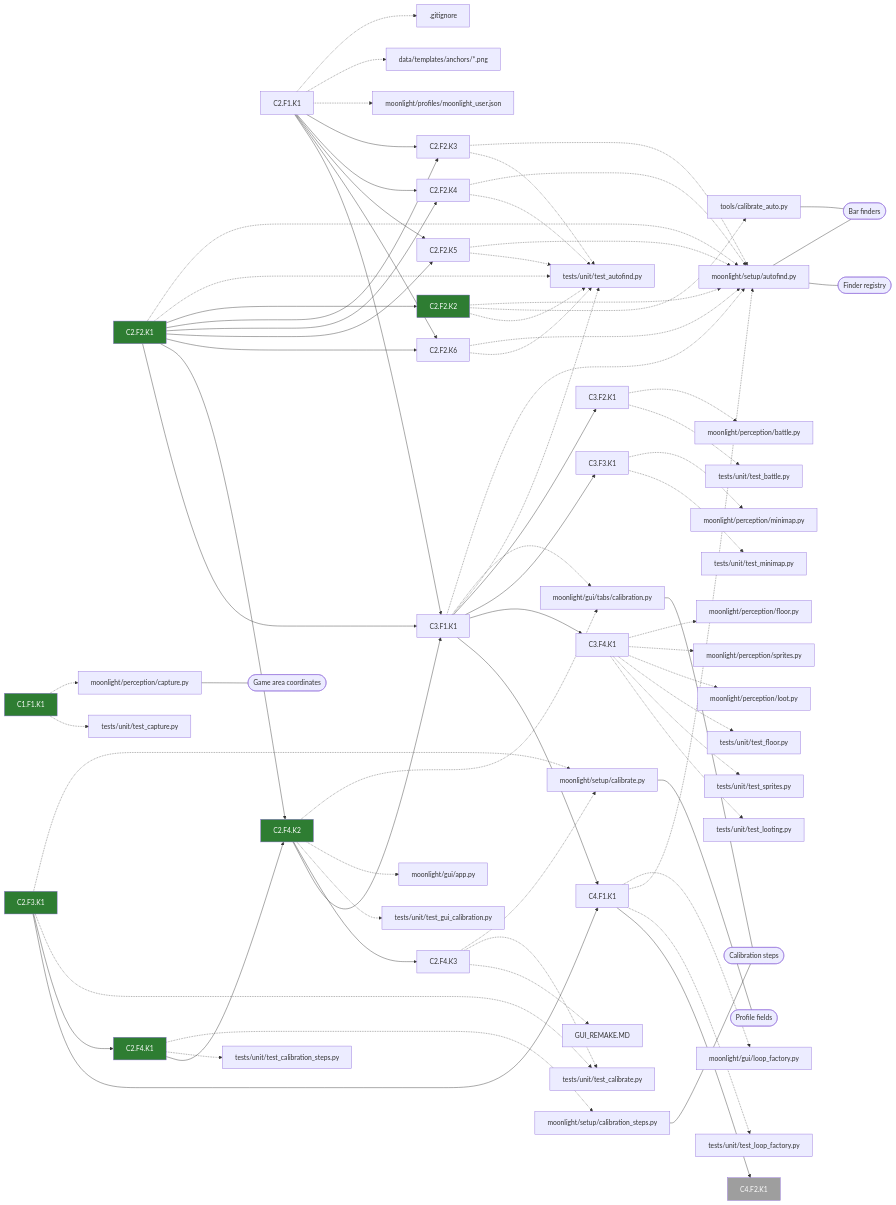
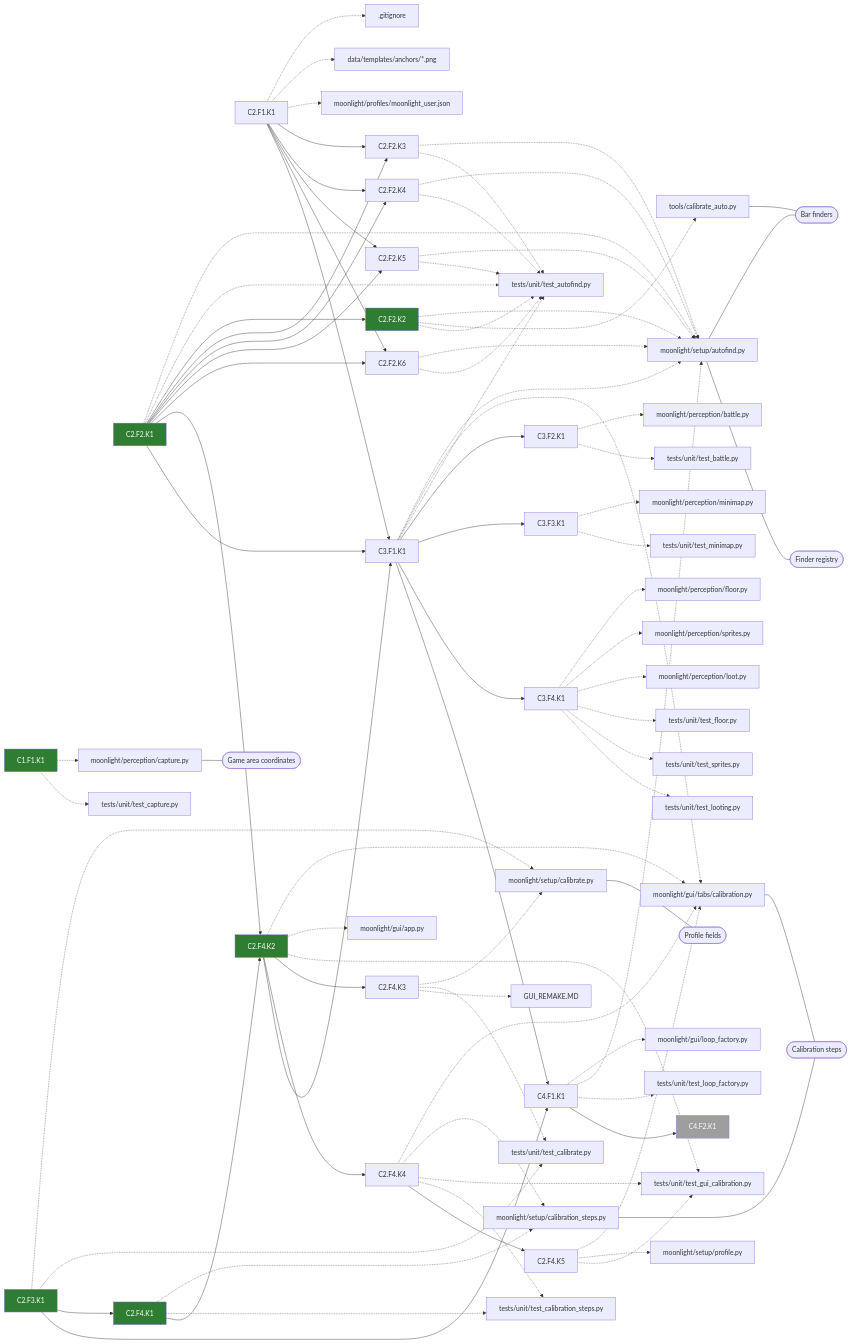
One commit to Mascotte33/Moonlight changed the diagram in docs/prs/gui-calibration.md. Above: the diagram before and after it, drawn with Mermaid. The commit also changed other lines of this file and 2 other files, not shown here.

Commit message:
Docs: add C2.F4.K4 (tab fixes) and C2.F4.K5 (named calibrations) from owner feedback

````diff
--- a/docs/prs/gui-calibration.md
+++ b/docs/prs/gui-calibration.md
@@ -82,12 +82,14 @@
   t9["C2.F4.K1"]:::done
   t10["C2.F4.K2"]:::done
   t11["C2.F4.K3"]
-  t12["C3.F1.K1"]
-  t13["C3.F2.K1"]
-  t14["C3.F3.K1"]
-  t15["C3.F4.K1"]
-  t16["C4.F1.K1"]
-  t17["C4.F2.K1"]:::later
+  t12["C2.F4.K4"]
+  t13["C2.F4.K5"]
+  t14["C3.F1.K1"]
+  t15["C3.F2.K1"]
+  t16["C3.F3.K1"]
+  t17["C3.F4.K1"]
+  t18["C4.F1.K1"]
+  t19["C4.F2.K1"]:::later
   f0[".gitignore"]
   f1["GUI_REMAKE.MD"]
   f2["data/templates/anchors/*.png"]
@@ -104,94 +106,104 @@
   f13["moonlight/setup/autofind.py"]
   f14["moonlight/setup/calibrate.py"]
   f15["moonlight/setup/calibration_steps.py"]
-  f16["tests/unit/test_autofind.py"]
-  f17["tests/unit/test_battle.py"]
-  f18["tests/unit/test_calibrate.py"]
-  f19["tests/unit/test_calibration_steps.py"]
-  f20["tests/unit/test_capture.py"]
-  f21["tests/unit/test_floor.py"]
-  f22["tests/unit/test_gui_calibration.py"]
-  f23["tests/unit/test_loop_factory.py"]
-  f24["tests/unit/test_looting.py"]
-  f25["tests/unit/test_minimap.py"]
-  f26["tests/unit/test_sprites.py"]
-  f27["tools/calibrate_auto.py"]
+  f16["moonlight/setup/profile.py"]
+  f17["tests/unit/test_autofind.py"]
+  f18["tests/unit/test_battle.py"]
+  f19["tests/unit/test_calibrate.py"]
+  f20["tests/unit/test_calibration_steps.py"]
+  f21["tests/unit/test_capture.py"]
+  f22["tests/unit/test_floor.py"]
+  f23["tests/unit/test_gui_calibration.py"]
+  f24["tests/unit/test_loop_factory.py"]
+  f25["tests/unit/test_looting.py"]
+  f26["tests/unit/test_minimap.py"]
+  f27["tests/unit/test_sprites.py"]
+  f28["tools/calibrate_auto.py"]
   c0(["Bar finders"])
   c1(["Calibration steps"])
   c2(["Finder registry"])
   c3(["Game area coordinates"])
   c4(["Profile fields"])
   t0 -.-> f7
-  t0 -.-> f20
+  t0 -.-> f21
   t1 -.-> f0
   t1 -.-> f2
   t1 -.-> f12
   t2 -.-> f13
-  t2 -.-> f16
+  t2 -.-> f17
   t2 --> t3
   t3 -.-> f13
-  t3 -.-> f27
-  t3 -.-> f16
+  t3 -.-> f28
+  t3 -.-> f17
   t1 --> t4
   t2 --> t4
   t4 -.-> f13
-  t4 -.-> f16
+  t4 -.-> f17
   t1 --> t5
   t2 --> t5
   t5 -.-> f13
-  t5 -.-> f16
+  t5 -.-> f17
   t1 --> t6
   t2 --> t6
   t6 -.-> f13
-  t6 -.-> f16
+  t6 -.-> f17
   t1 --> t7
   t2 --> t7
   t7 -.-> f13
-  t7 -.-> f16
+  t7 -.-> f17
   t8 -.-> f14
-  t8 -.-> f18
+  t8 -.-> f19
   t8 --> t9
   t9 -.-> f15
-  t9 -.-> f19
+  t9 -.-> f20
   t9 --> t10
   t2 --> t10
   t10 -.-> f5
   t10 -.-> f3
-  t10 -.-> f22
+  t10 -.-> f23
   t10 --> t11
   t11 -.-> f14
-  t11 -.-> f18
+  t11 -.-> f19
   t11 -.-> f1
-  t1 --> t12
-  t2 --> t12
   t10 --> t12
-  t12 -.-> f13
   t12 -.-> f5
-  t12 -.-> f16
+  t12 -.-> f15
+  t12 -.-> f23
+  t12 -.-> f20
   t12 --> t13
-  t13 -.-> f6
-  t13 -.-> f17
-  t12 --> t14
-  t14 -.-> f10
-  t14 -.-> f25
-  t12 --> t15
-  t15 -.-> f8
-  t15 -.-> f11
-  t15 -.-> f9
-  t15 -.-> f21
-  t15 -.-> f26
-  t15 -.-> f24
-  t8 --> t16
-  t12 --> t16
-  t16 -.-> f4
-  t16 -.-> f13
-  t16 -.-> f23
-  t16 --> t17
+  t13 -.-> f5
+  t13 -.-> f16
+  t13 -.-> f23
+  t1 --> t14
+  t2 --> t14
+  t10 --> t14
+  t14 -.-> f13
+  t14 -.-> f5
+  t14 -.-> f17
+  t14 --> t15
+  t15 -.-> f6
+  t15 -.-> f18
+  t14 --> t16
+  t16 -.-> f10
+  t16 -.-> f26
+  t14 --> t17
+  t17 -.-> f8
+  t17 -.-> f11
+  t17 -.-> f9
+  t17 -.-> f22
+  t17 -.-> f27
+  t17 -.-> f25
+  t8 --> t18
+  t14 --> t18
+  t18 -.-> f4
+  t18 -.-> f13
+  t18 -.-> f24
+  t18 --> t19
   f5 --- c1
   f7 --- c3
   f13 --- c0
   f13 --- c2
   f14 --- c4
   f15 --- c1
-  f27 --- c0
+  f28 --- c0
 ```
````
